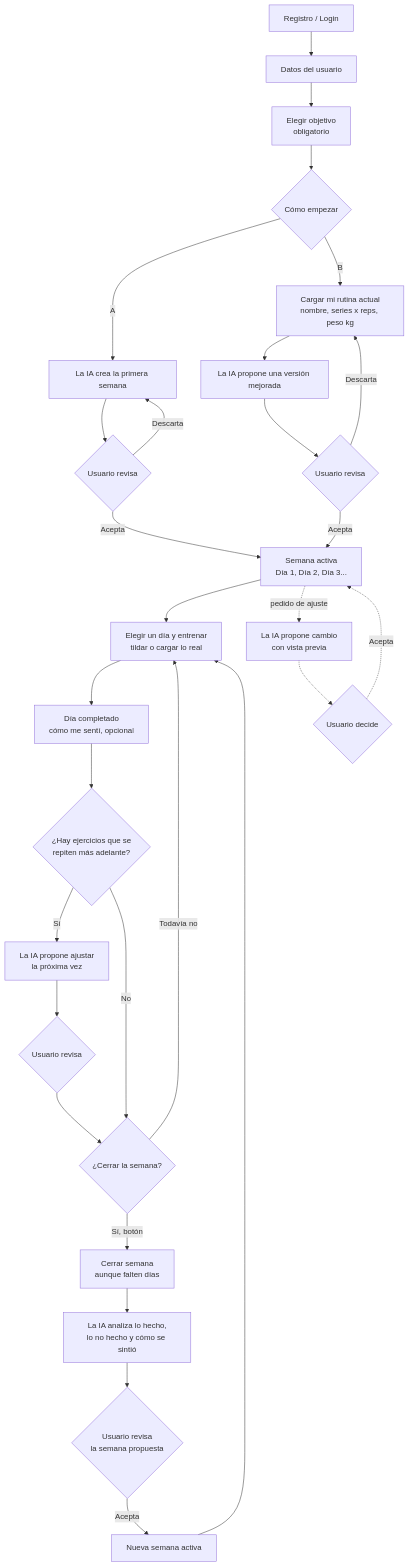
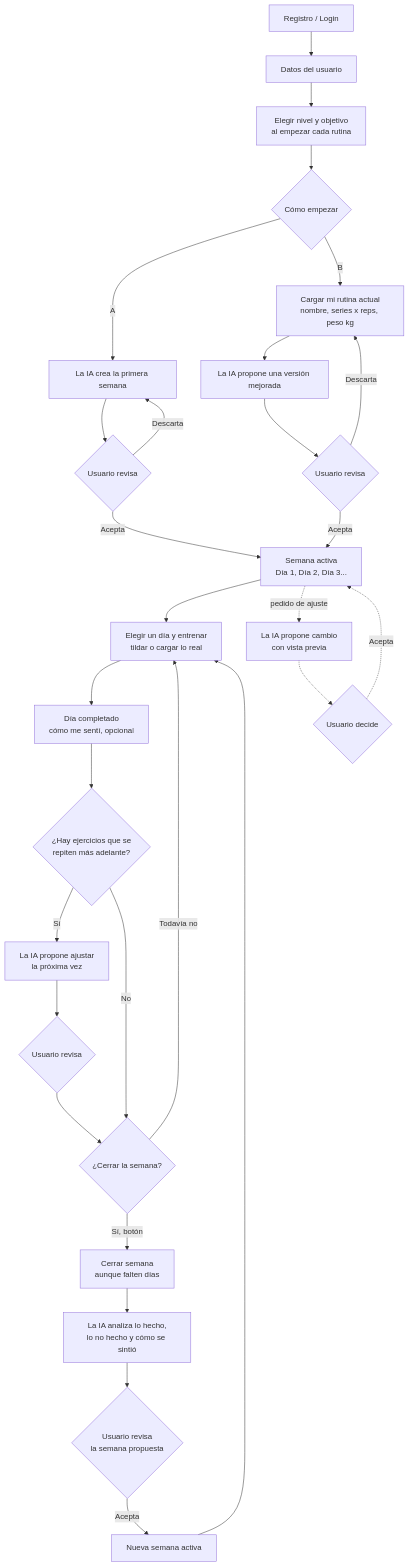
One commit to Chogarn/Spotter changed the diagram in docs/flujo-app.md. Above: the diagram before and after it, drawn with Mermaid. The commit also changed other lines of this file and 5 other files, not shown here.

Commit message:
Documentación al día: rutinas, nivel y objetivo por rutina, cerrar semana

````diff
--- a/docs/flujo-app.md
+++ b/docs/flujo-app.md
@@ -20,31 +20,31 @@
 ```mermaid
 flowchart TD
     A[Registro / Login] --> B[Datos del usuario]
-    B --> C[Elegir objetivo<br/>obligatorio]
+    B --> C[Elegir nivel y objetivo<br/>al empezar cada rutina]
     C --> D{Cómo empezar}
     D -->|A| E[La IA crea la primera semana]
     D -->|B| F[Cargar mi rutina actual<br/>nombre, series x reps, peso kg]
     F --> G[La IA propone una versión mejorada]
     G --> H{Usuario revisa}
     H -->|Acepta| I[Semana activa<br/>Día 1, Día 2, Día 3...]
     H -->|Descarta| F
     E --> J{Usuario revisa}
     J -->|Acepta| I
     J -->|Descarta| E
     I --> K[Elegir un día y entrenar<br/>tildar o cargar lo real]
     K --> L[Día completado<br/>cómo me sentí, opcional]
     L --> M{¿Hay ejercicios que se<br/>repiten más adelante?}
     M -->|Sí| N[La IA propone ajustar<br/>la próxima vez]
     N --> O{Usuario revisa}
     O --> P
     M -->|No| P{¿Cerrar la semana?}
     P -->|Todavía no| K
     P -->|Sí, botón| Q[Cerrar semana<br/>aunque falten días]
     Q --> R[La IA analiza lo hecho,<br/>lo no hecho y cómo se sintió]
     R --> S{Usuario revisa<br/>la semana propuesta}
     S -->|Acepta| T[Nueva semana activa]
     T --> K
     I -. pedido de ajuste .-> U[La IA propone cambio<br/>con vista previa]
     U -.-> V{Usuario decide}
     V -.->|Acepta| I
 ```
````
